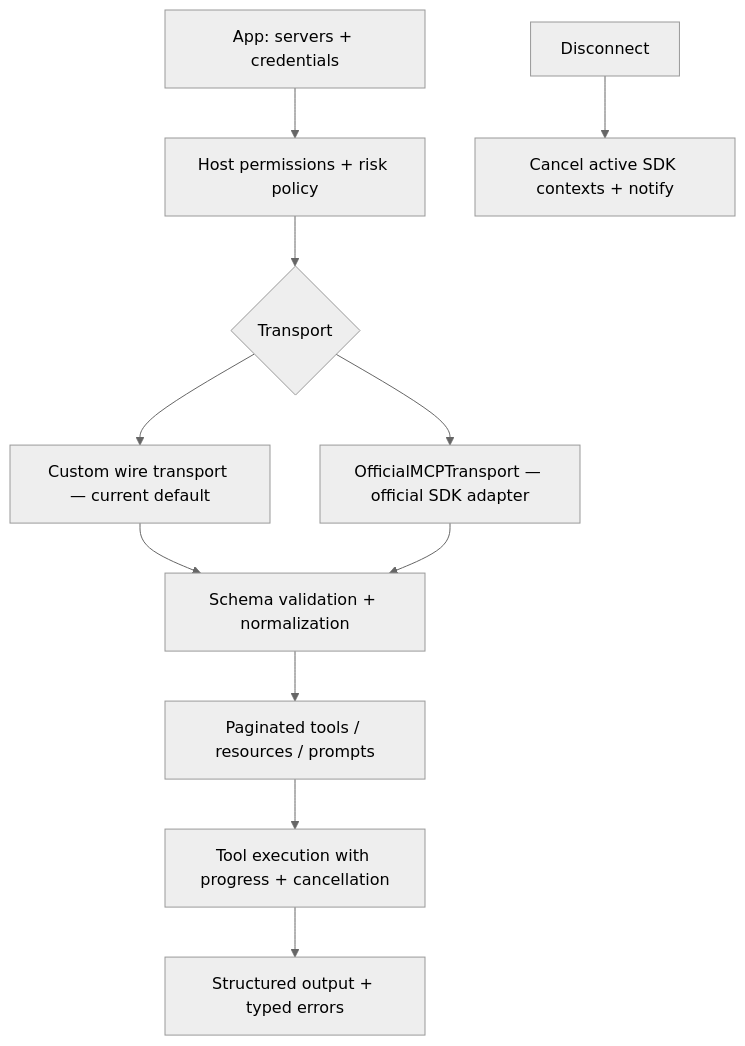
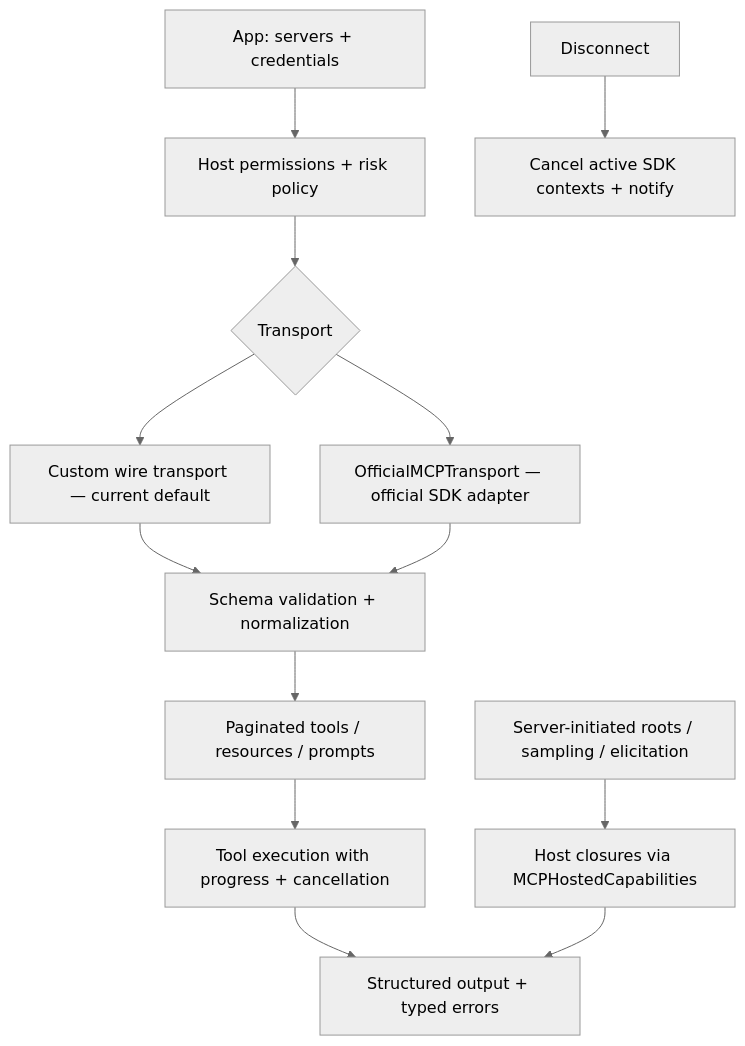
The diagram in Documentation/diagrams/archon-connect.md (VM451/archon-swift), drawn with Mermaid (neutral theme) before and after one commit. The commit also changed other lines of this file and 41 other files, not shown here.

Commit message:
Feat: MCP hosted capabilities, vector store, graph durability

````diff
--- a/Documentation/diagrams/archon-connect.md
+++ b/Documentation/diagrams/archon-connect.md
@@ -8,13 +8,15 @@
 ```mermaid
 flowchart TD
     App[App: servers + credentials] --> Perm[Host permissions + risk policy]
     Perm --> Trans{Transport}
     Trans --> Custom[Custom wire transport — current default]
     Trans --> Off[OfficialMCPTransport — official SDK adapter]
     Custom --> Val[Schema validation + normalization]
     Off --> Val
     Val --> Tools[Paginated tools / resources / prompts]
     Tools --> Exec[Tool execution with progress + cancellation]
     Exec --> Out[Structured output + typed errors]
     Disc[Disconnect] --> Cancel[Cancel active SDK contexts + notify]
+    Srv[Server-initiated roots / sampling / elicitation] --> Host[Host closures via MCPHostedCapabilities]
+    Host --> Out
 ```
````
